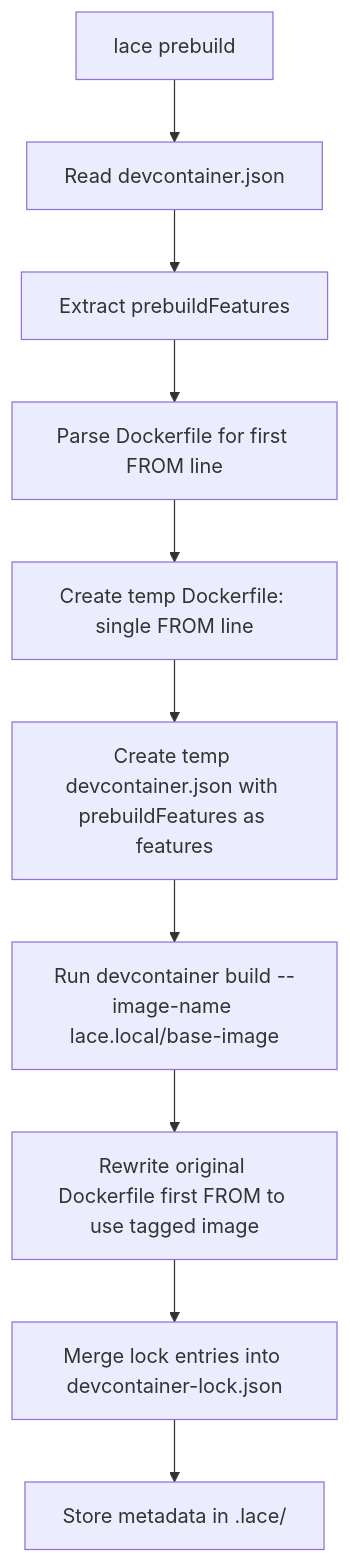
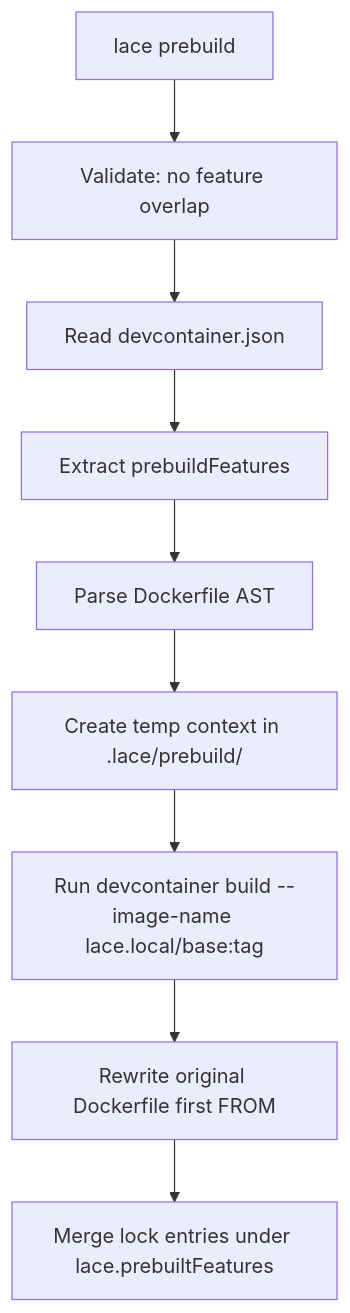
One commit to weftwiseink/lace changed the diagram in cdocs/proposals/2026-01-30-packages-lace-devcontainer-wrapper.md. Above: the diagram before and after it, drawn with Mermaid. The commit also changed other lines of this file and 3 other files, not shown here.

````diff
--- a/cdocs/proposals/2026-01-30-packages-lace-devcontainer-wrapper.md
+++ b/cdocs/proposals/2026-01-30-packages-lace-devcontainer-wrapper.md
@@ -96,12 +112,11 @@
 ```mermaid
 flowchart TD
-    A[lace prebuild] --> B[Read devcontainer.json]
+    A[lace prebuild] --> V[Validate: no feature overlap]
+    V --> B[Read devcontainer.json]
     B --> C[Extract prebuildFeatures]
-    C --> D[Parse Dockerfile for first FROM line]
-    D --> E[Create temp Dockerfile: single FROM line]
-    E --> F[Create temp devcontainer.json with prebuildFeatures as features]
-    F --> G["Run devcontainer build --image-name lace.local/base-image"]
-    G --> H[Rewrite original Dockerfile first FROM to use tagged image]
-    H --> I[Merge lock entries into devcontainer-lock.json]
-    I --> J[Store metadata in .lace/]
+    C --> D[Parse Dockerfile AST]
+    D --> E["Create temp context in .lace/prebuild/"]
+    E --> F["Run devcontainer build --image-name lace.local/base:tag"]
+    F --> G[Rewrite original Dockerfile first FROM]
+    G --> H["Merge lock entries under lace.prebuiltFeatures"]
 ```
````
